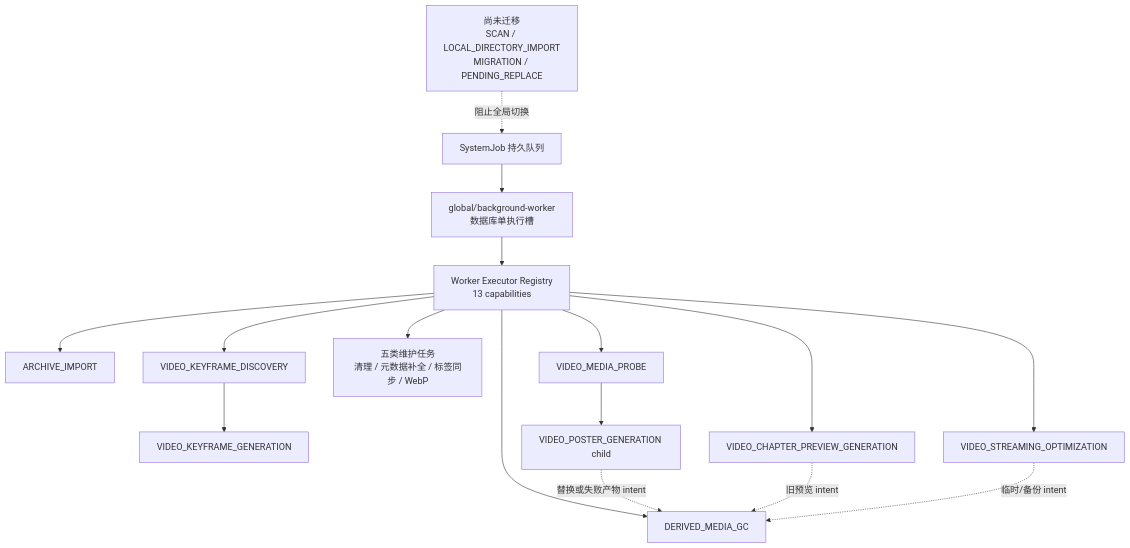
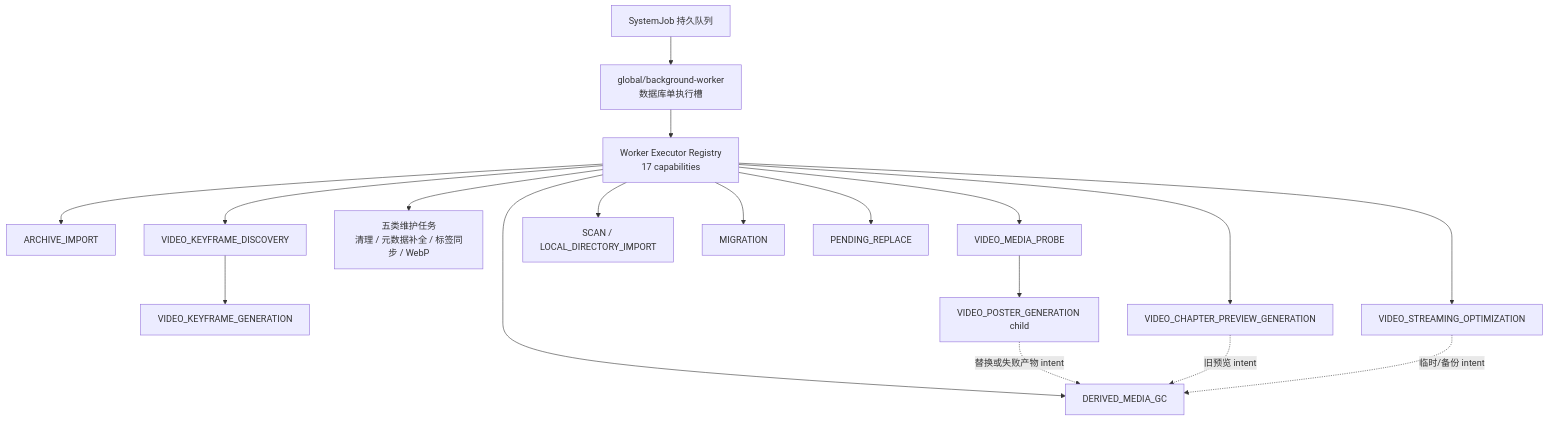
Before and after one commit to namehu/PixiShelf: the eighth of 8 diagrams in docs/design/background-task-architecture.md, drawn with Mermaid. The commit also changed other lines of this file and 124 other files, not shown here.

First line of the commit message:
功能(Worker): 迁移扫描、图库迁移与批量替换任务

````diff
--- a/docs/design/background-task-architecture.md
+++ b/docs/design/background-task-architecture.md
@@ -391,22 +391,24 @@
 ```mermaid
 flowchart TB
   Queue["SystemJob 持久队列"] --> Slot["global/background-worker<br/>数据库单执行槽"]
-  Slot --> Registry["Worker Executor Registry<br/>13 capabilities"]
+  Slot --> Registry["Worker Executor Registry<br/>17 capabilities"]
 
   Registry --> Archive["ARCHIVE_IMPORT"]
   Registry --> KeyframeDiscovery["VIDEO_KEYFRAME_DISCOVERY"]
   KeyframeDiscovery --> KeyframeGeneration["VIDEO_KEYFRAME_GENERATION"]
 
   Registry --> Maintenance["五类维护任务<br/>清理 / 元数据补全 / 标签同步 / WebP"]
   Registry --> Probe["VIDEO_MEDIA_PROBE"]
   Probe --> Poster["VIDEO_POSTER_GENERATION child"]
   Registry --> Chapter["VIDEO_CHAPTER_PREVIEW_GENERATION"]
   Registry --> Streaming["VIDEO_STREAMING_OPTIMIZATION"]
   Registry --> GC["DERIVED_MEDIA_GC"]
+  Registry --> Scan["SCAN / LOCAL_DIRECTORY_IMPORT"]
+  Registry --> Migration["MIGRATION"]
+  Registry --> PendingReplace["PENDING_REPLACE"]
 
   Poster -. "替换或失败产物 intent" .-> GC
   Chapter -. "旧预览 intent" .-> GC
   Streaming -. "临时/备份 intent" .-> GC
 
-  Pending["尚未迁移<br/>SCAN / LOCAL_DIRECTORY_IMPORT<br/>MIGRATION / PENDING_REPLACE"] -. "阻止全局切换" .-> Queue
 ```
````
